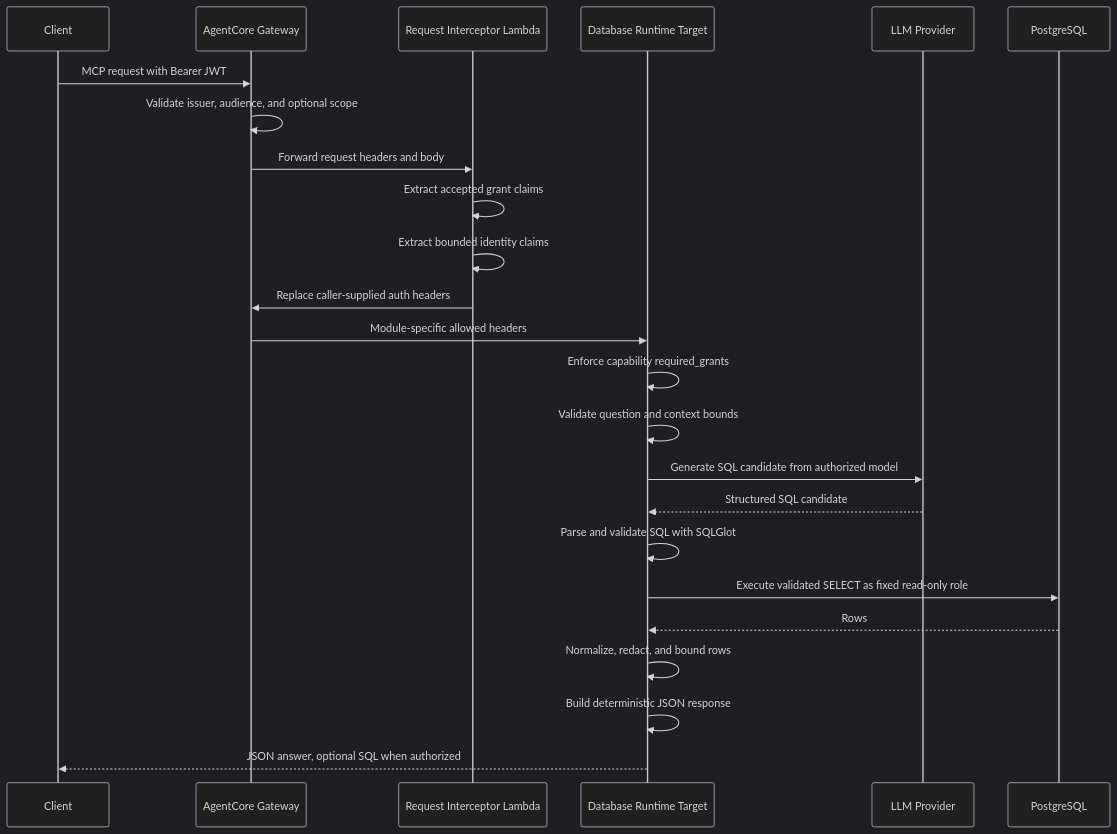
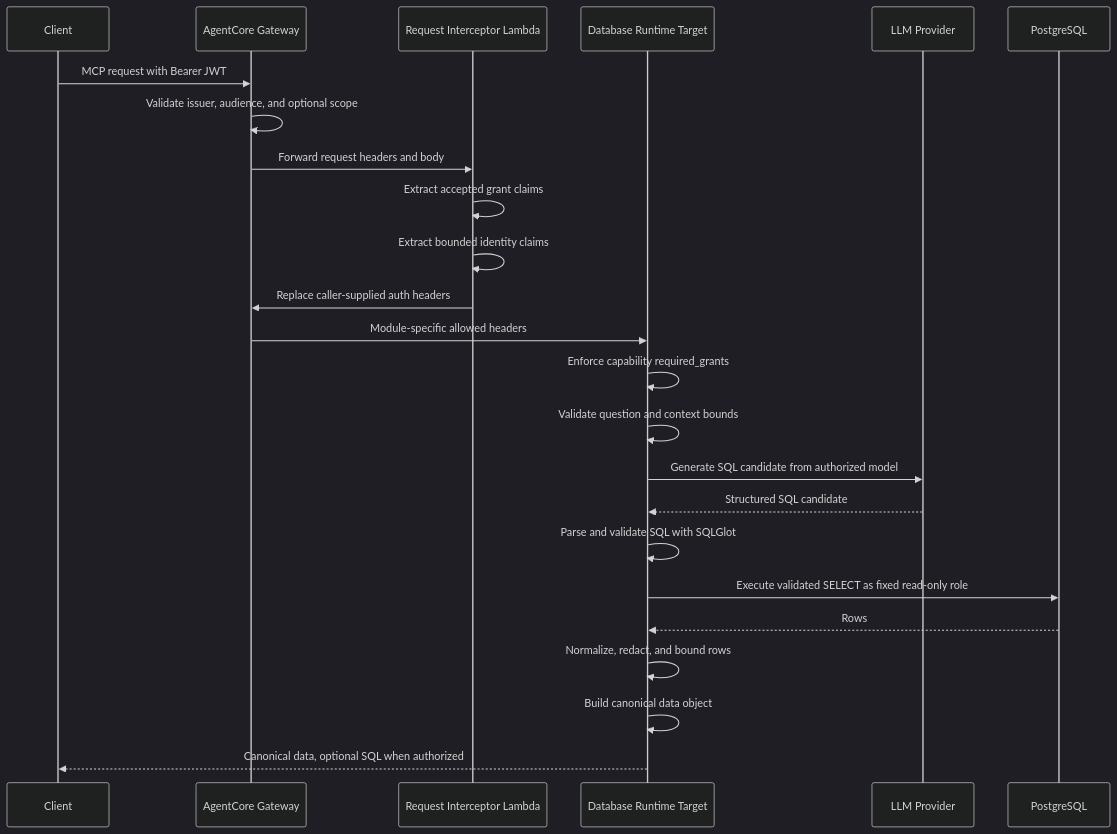
Before and after one commit to nogj/aws-data-agentcore: the diagram in docs/security_architecture.md, drawn with Mermaid (dark theme). The commit also changed other lines of this file and 8 other files, not shown here.

````diff
--- a/docs/security_architecture.md
+++ b/docs/security_architecture.md
@@ -70,27 +67,27 @@
 ```mermaid
 sequenceDiagram
     participant Client
     participant Gateway as AgentCore Gateway
     participant Interceptor as Request Interceptor Lambda
     participant Runtime as Database Runtime Target
     participant LLM as LLM Provider
     participant DB as PostgreSQL
 
     Client->>Gateway: MCP request with Bearer JWT
     Gateway->>Gateway: Validate issuer, audience, and optional scope
     Gateway->>Interceptor: Forward request headers and body
     Interceptor->>Interceptor: Extract accepted grant claims
     Interceptor->>Interceptor: Extract bounded identity claims
     Interceptor->>Gateway: Replace caller-supplied auth headers
     Gateway->>Runtime: Module-specific allowed headers
     Runtime->>Runtime: Enforce capability required_grants
     Runtime->>Runtime: Validate question and context bounds
     Runtime->>LLM: Generate SQL candidate from authorized model
     LLM-->>Runtime: Structured SQL candidate
     Runtime->>Runtime: Parse and validate SQL with SQLGlot
     Runtime->>DB: Execute validated SELECT as fixed read-only role
     DB-->>Runtime: Rows
     Runtime->>Runtime: Normalize, redact, and bound rows
-    Runtime->>Runtime: Build deterministic JSON response
-    Runtime-->>Client: JSON answer, optional SQL when authorized
+    Runtime->>Runtime: Build canonical data object
+    Runtime-->>Client: Canonical data, optional SQL when authorized
 ```
````
